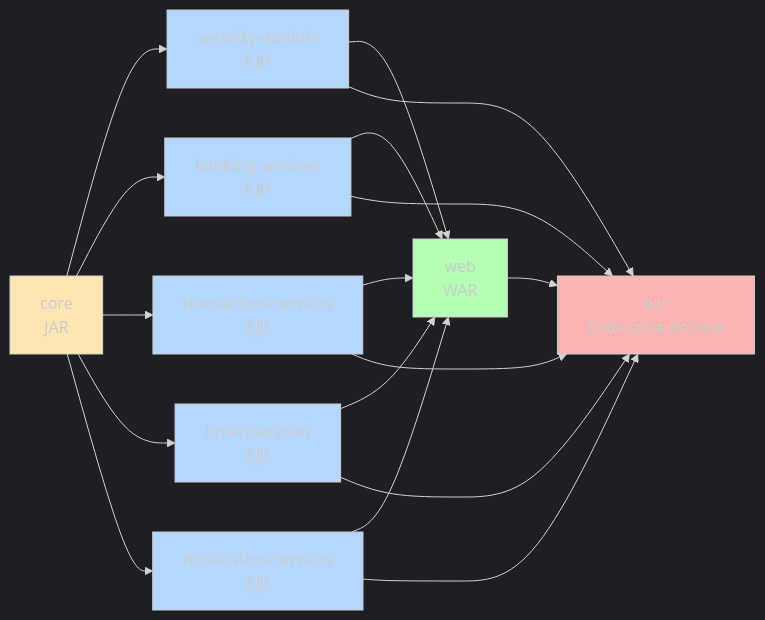
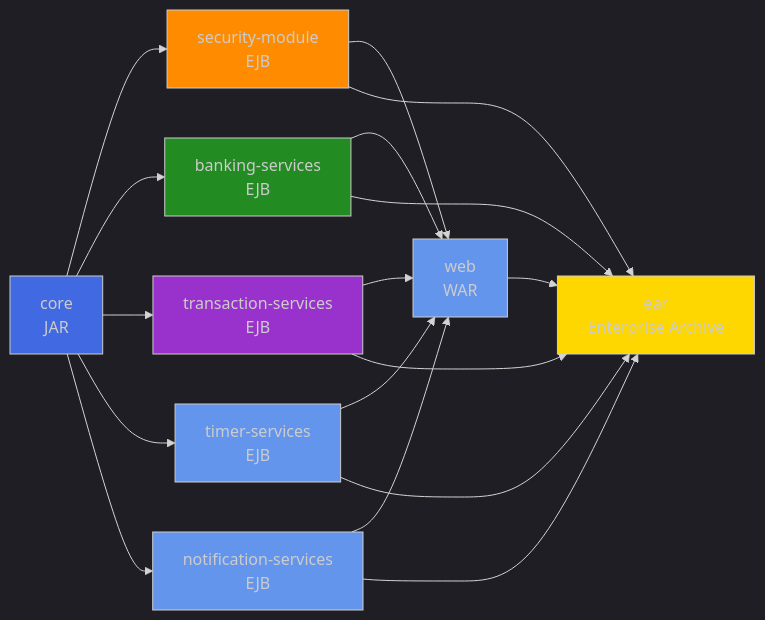
Before and after one commit to isharax9/nawwa-banking-system: the second of 8 diagrams in readme.md, drawn with Mermaid.

Commit message:
Update graph node colors in readme
Changed the fill colors for nodes in the Mermaid graph in readme.md to improve visual distinction and clarity.

````diff
--- a/readme.md
+++ b/readme.md
@@ -150,29 +150,29 @@
 ```mermaid
 %%{init: {'theme': 'dark'}}%%
 graph LR
     A[core<br/>JAR] --> B[security-module<br/>EJB]
     A --> C[banking-services<br/>EJB]
     A --> D[transaction-services<br/>EJB]
     A --> E[timer-services<br/>EJB]
     A --> F[notification-services<br/>EJB]
     B --> G[web<br/>WAR]
     C --> G
     D --> G
     E --> G
     F --> G
     G --> H[ear<br/>Enterprise Archive]
     B --> H
     C --> H
     D --> H
     E --> H
     F --> H
 
-    style A fill:#FFE5B4
-    style B fill:#B4D7FF
-    style C fill:#B4D7FF
-    style D fill:#B4D7FF
-    style E fill:#B4D7FF
-    style F fill:#B4D7FF
-    style G fill:#B4FFB4
-    style H fill:#FFB4B4
+    style A fill:#4169E1
+    style B fill:#FF8C00
+    style C fill:#228B22
+    style D fill:#9932CC
+    style E fill:#6495ED
+    style F fill:#6495ED
+    style G fill:#6495ED
+    style H fill:#FFD700
 ```
````
